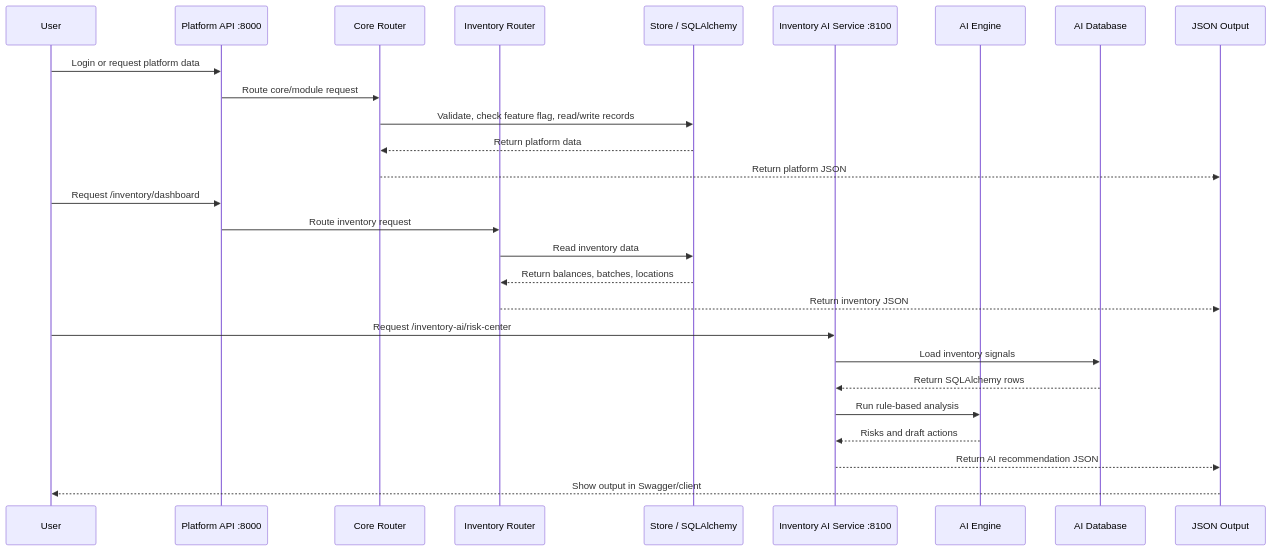
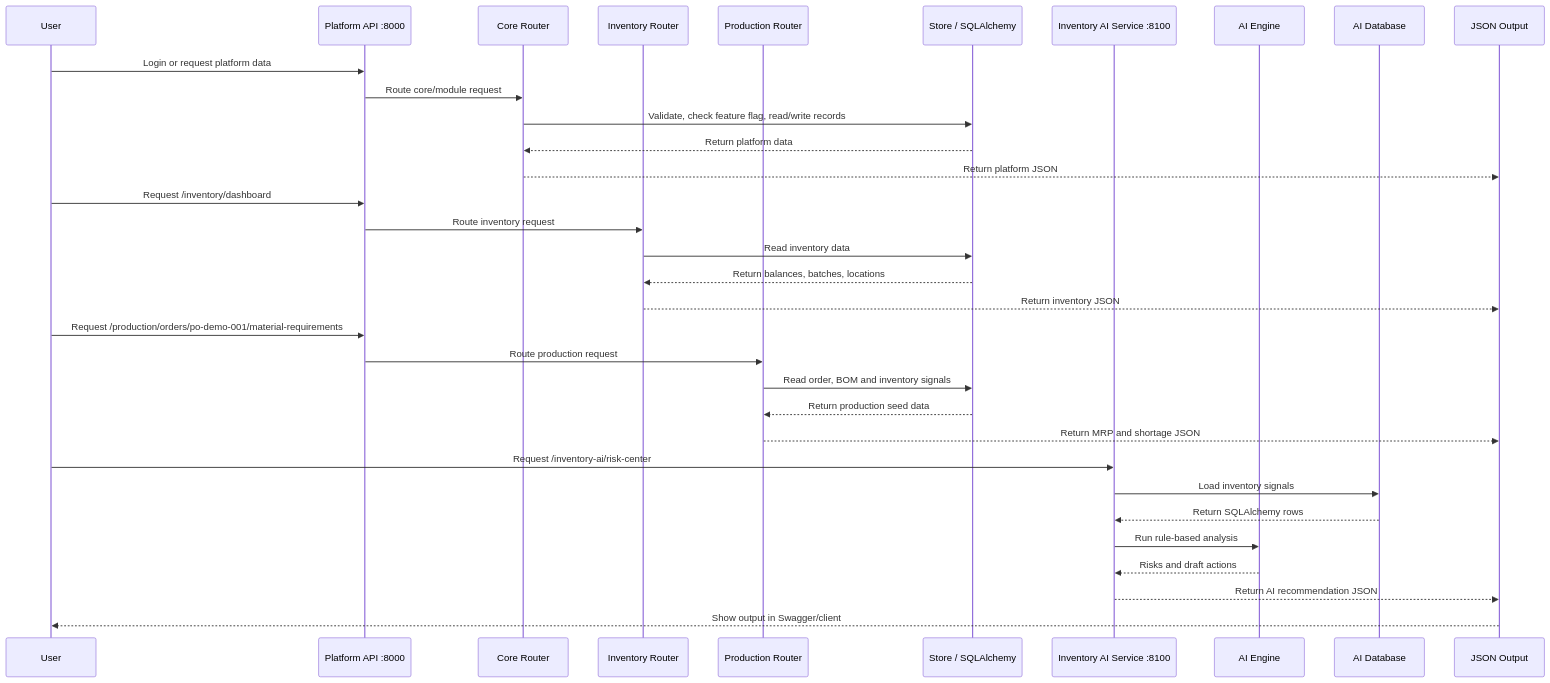
Before and after one commit to vinodreddy1999/manufacturing-operations-platform: the sixth of 7 diagrams in docs/end-to-end-scheme.md, drawn with Mermaid. The commit also changed other lines of this file and 9 other files, not shown here.

````diff
--- a/docs/end-to-end-scheme.md
+++ b/docs/end-to-end-scheme.md
@@ -237,32 +300,39 @@
 ```mermaid
 sequenceDiagram
     participant U as User
     participant P as Platform API :8000
     participant C as Core Router
     participant I as Inventory Router
+    participant R as Production Router
     participant S as Store / SQLAlchemy
     participant A as Inventory AI Service :8100
     participant E as AI Engine
     participant D as AI Database
     participant O as JSON Output
 
     U->>P: Login or request platform data
     P->>C: Route core/module request
     C->>S: Validate, check feature flag, read/write records
     S-->>C: Return platform data
     C-->>O: Return platform JSON
 
     U->>P: Request /inventory/dashboard
     P->>I: Route inventory request
     I->>S: Read inventory data
     S-->>I: Return balances, batches, locations
     I-->>O: Return inventory JSON
 
+    U->>P: Request /production/orders/po-demo-001/material-requirements
+    P->>R: Route production request
+    R->>S: Read order, BOM and inventory signals
+    S-->>R: Return production seed data
+    R-->>O: Return MRP and shortage JSON
+
     U->>A: Request /inventory-ai/risk-center
     A->>D: Load inventory signals
     D-->>A: Return SQLAlchemy rows
     A->>E: Run rule-based analysis
     E-->>A: Risks and draft actions
     A-->>O: Return AI recommendation JSON
     O-->>U: Show output in Swagger/client
 ```
````
